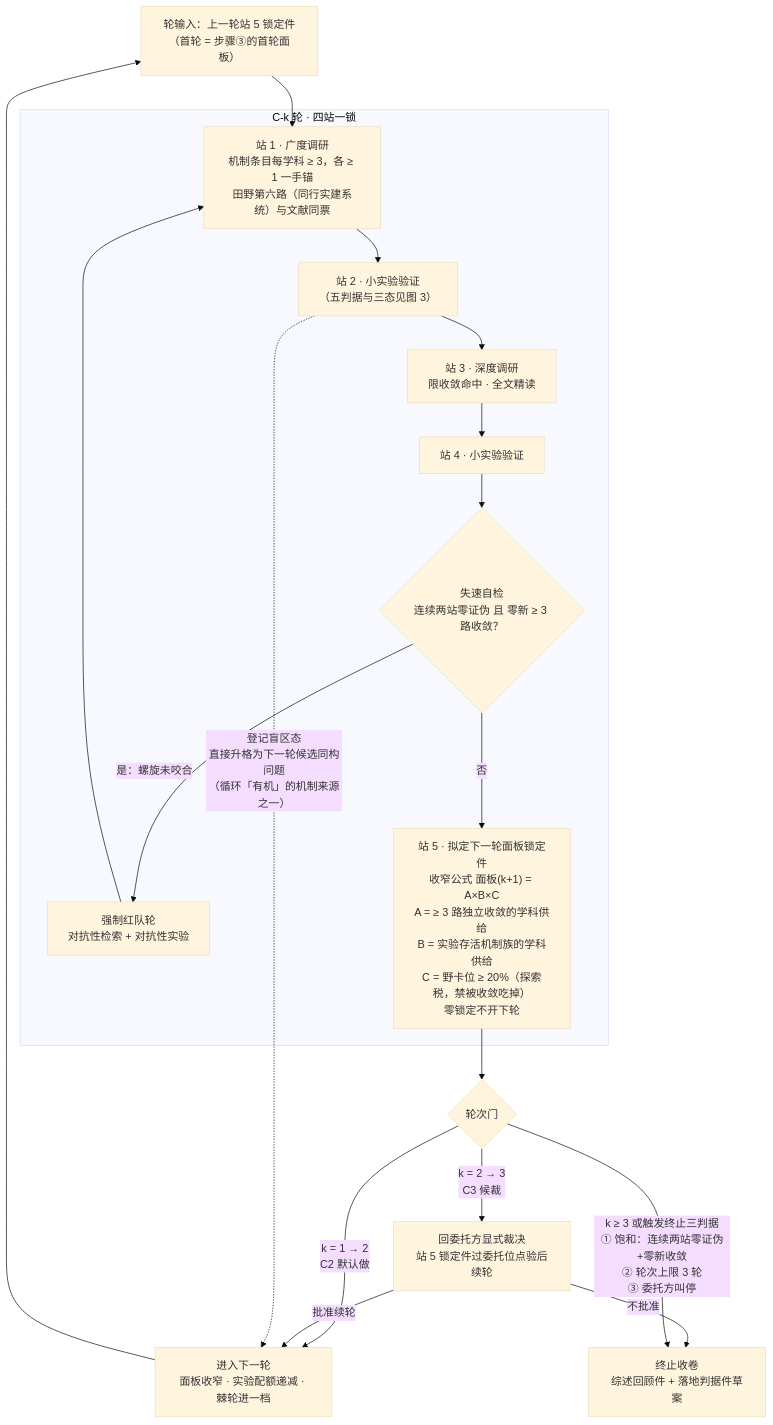
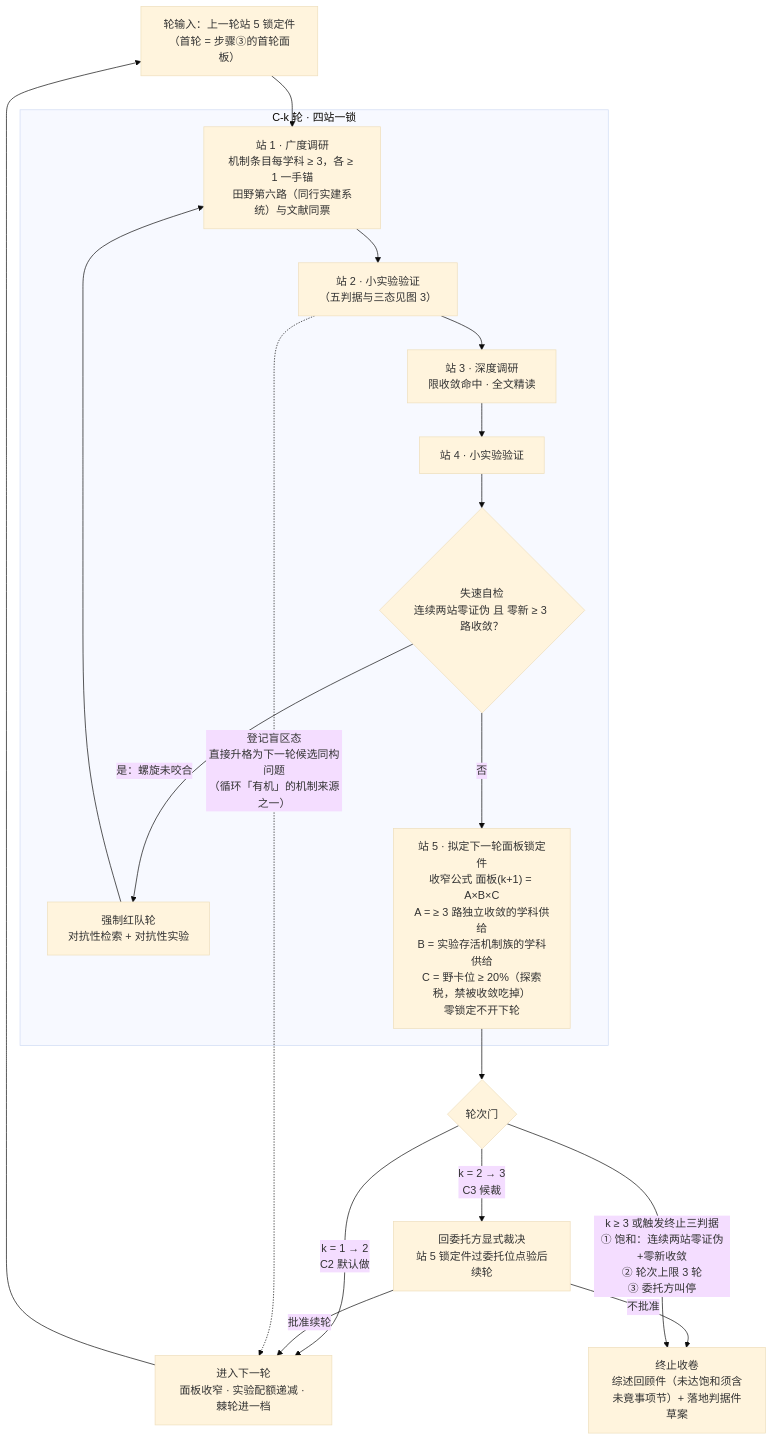
Before and after one commit to master666-max/pre-research-skill-flowchart: the second of 3 diagrams in README.md, drawn with Mermaid (base theme). The commit also changed other lines of this file and 1 other file, not shown here.

Commit message:
同步v1.1.0: 收卷节点标注未竟事项强制披露(未达饱和收卷须列未竟清单带差额与续轮建议)+版本记录; 重渲染长图

````diff
--- a/README.md
+++ b/README.md
@@ -60,27 +60,27 @@
 ```mermaid
 flowchart TD
     LOCK["轮输入：上一轮站 5 锁定件<br/>（首轮 = 步骤③的首轮面板）"] --> W1
 
     subgraph LOOP["C-k 轮 · 四站一锁"]
         W1["站 1 · 广度调研<br/>机制条目每学科 ≥ 3，各 ≥ 1 一手锚<br/>田野第六路（同行实建系统）与文献同票"] --> W2["站 2 · 小实验验证<br/>（五判据与三态见图 3）"]
         W2 --> W3["站 3 · 深度调研<br/>限收敛命中 · 全文精读"]
         W3 --> W4["站 4 · 小实验验证"]
         W4 --> STALL{"失速自检<br/>连续两站零证伪 且 零新 ≥ 3 路收敛？"}
         STALL -- "是：螺旋未咬合" --> RED["强制红队轮<br/>对抗性检索 + 对抗性实验"]
         RED --> W1
         STALL -- "否" --> W5["站 5 · 拟定下一轮面板锁定件<br/>收窄公式 面板(k+1) = A×B×C<br/>A = ≥ 3 路独立收敛的学科供给<br/>B = 实验存活机制族的学科供给<br/>C = 野卡位 ≥ 20%（探索税，禁被收敛吃掉）<br/>零锁定不开下轮"]
     end
 
     W5 --> GATE{"轮次门"}
 
     GATE -- "k = 1 → 2<br/>C2 默认做" --> NEXT["进入下一轮<br/>面板收窄 · 实验配额递减 · 棘轮进一档"]
     NEXT --> LOCK
 
     GATE -- "k = 2 → 3<br/>C3 候裁" --> ASK["回委托方显式裁决<br/>站 5 锁定件过委托位点验后续轮"]
     ASK -- "批准续轮" --> NEXT
     ASK -- "不批准" --> FIN
 
-    GATE -- "k ≥ 3 或触发终止三判据<br/>① 饱和：连续两站零证伪+零新收敛<br/>② 轮次上限 3 轮<br/>③ 委托方叫停" --> FIN["终止收卷<br/>综述回顾件 + 落地判据件草案"]
+    GATE -- "k ≥ 3 或触发终止三判据<br/>① 饱和：连续两站零证伪+零新收敛<br/>② 轮次上限 3 轮<br/>③ 委托方叫停" --> FIN["终止收卷<br/>综述回顾件（未达饱和须含未竟事项节）+ 落地判据件草案"]
 
     W2 -. "登记盲区态<br/>直接升格为下一轮候选同构问题<br/>（循环「有机」的机制来源之一）" .-> NEXT
 ```
````
